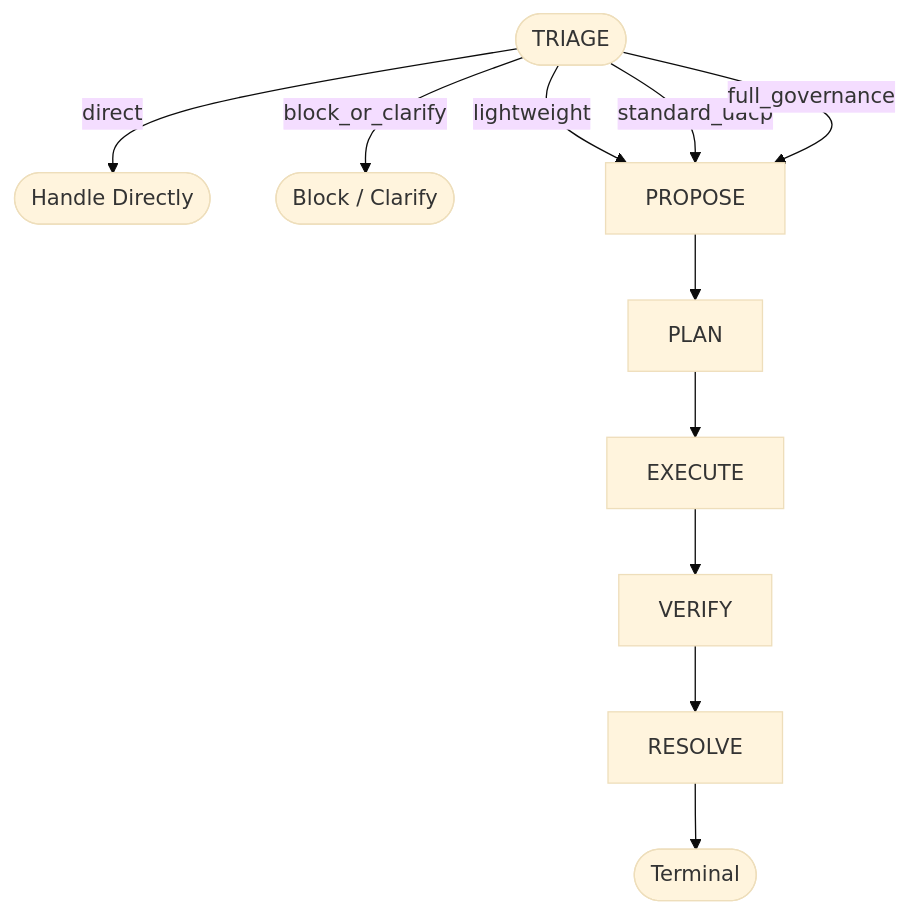
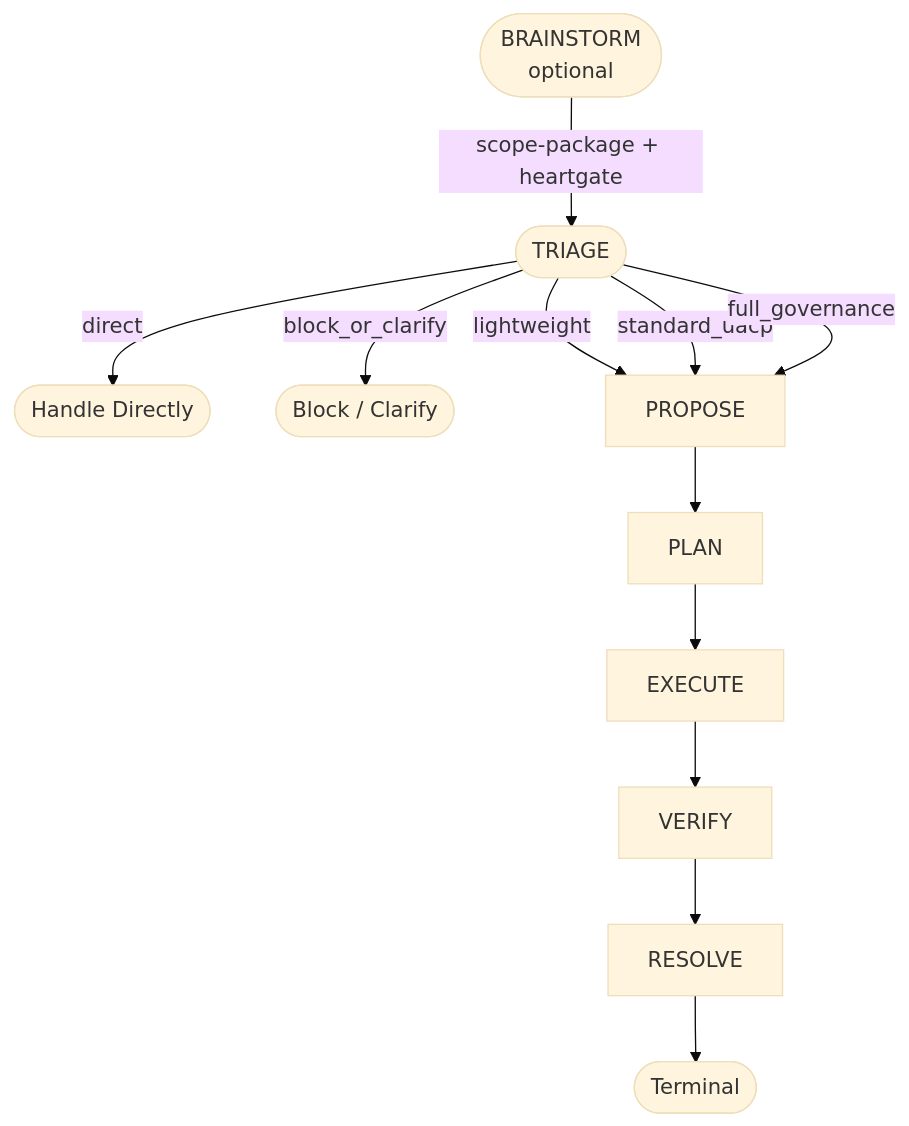
One commit to mikeng-io/uacp changed the first of 2 diagrams in README.md. Above: the diagram before and after it, drawn with Mermaid (base theme). The commit also changed other lines of this file and 3 other files, not shown here.

````diff
--- a/README.md
+++ b/README.md
@@ -37,15 +39,17 @@
 ```mermaid
 flowchart TD
+    BRAINSTORM([BRAINSTORM\noptional])
     TRIAGE([TRIAGE])
+    BRAINSTORM -->|scope-package + heartgate| TRIAGE
     TRIAGE -->|direct| DIRECT([Handle Directly])
     TRIAGE -->|block_or_clarify| BLOCK([Block / Clarify])
     TRIAGE -->|lightweight| PROPOSE
     TRIAGE -->|standard_uacp| PROPOSE
     TRIAGE -->|full_governance| PROPOSE
 
     PROPOSE --> PLAN
     PLAN --> EXECUTE
     EXECUTE --> VERIFY
     VERIFY --> RESOLVE
     RESOLVE --> DONE([Terminal])
 ```
````
